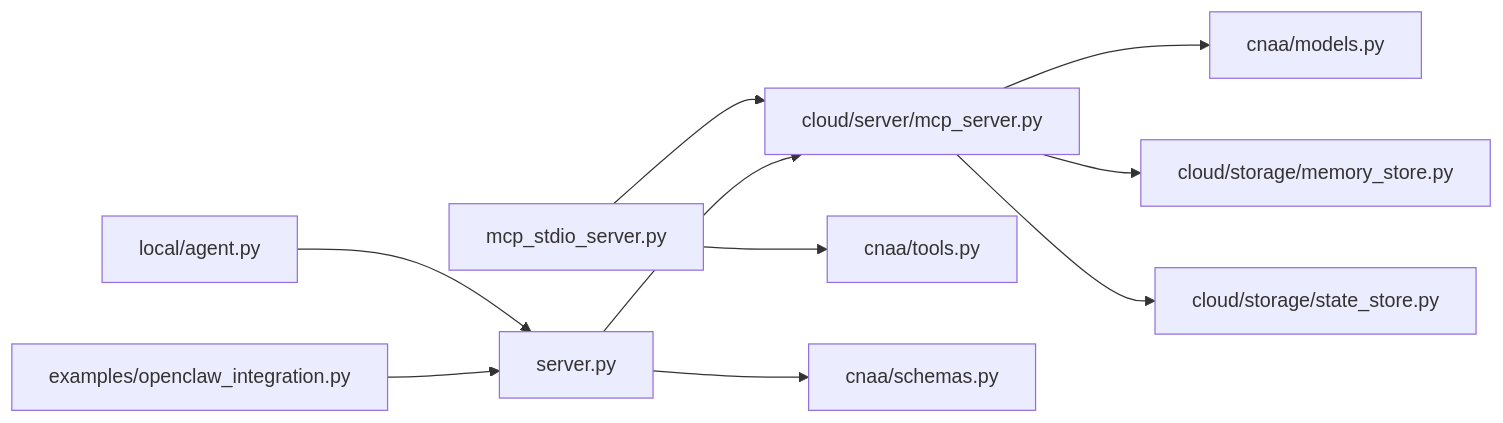
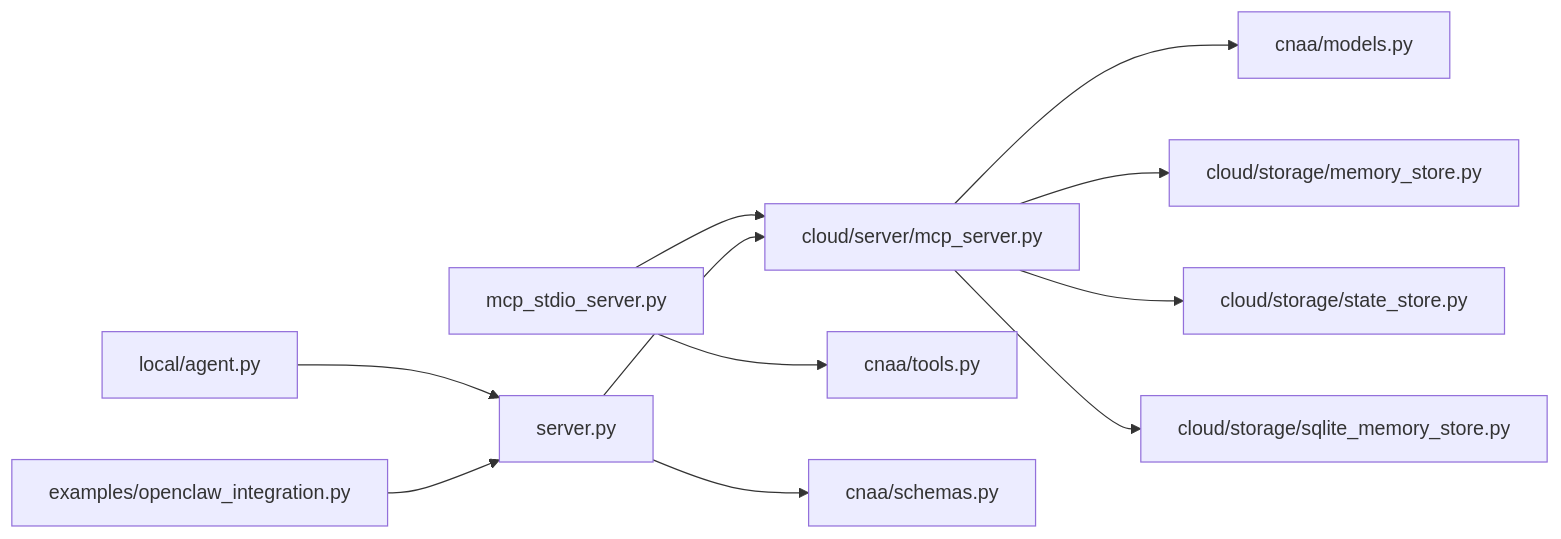
The sixth of 6 diagrams in .qoder/repowiki/zh/content/架构设计/通信协议设计/MCP Stdio服务器.md (lgx236/CNAA-Cloud-Native-Agent-Architecture-), drawn with Mermaid before and after one commit. The commit also changed other lines of this file and 98 other files, not shown here.

Commit message:
feat: Add cloud-local distributed architecture configuration & deployment docs

````diff
--- a/.qoder/repowiki/zh/content/架构设计/通信协议设计/MCP Stdio服务器.md
+++ b/.qoder/repowiki/zh/content/架构设计/通信协议设计/MCP Stdio服务器.md
@@ -319,12 +373,13 @@
 ```mermaid
 graph LR
 S["mcp_stdio_server.py"] --> M["cloud/server/mcp_server.py"]
 S --> T["cnaa/tools.py"]
 H["server.py"] --> M
 H --> SC["cnaa/schemas.py"]
 M --> MD["cnaa/models.py"]
 M --> MS["cloud/storage/memory_store.py"]
 M --> SS["cloud/storage/state_store.py"]
+M --> SMS["cloud/storage/sqlite_memory_store.py"]
 L["local/agent.py"] --> H
 E["examples/openclaw_integration.py"] --> H
 ```
````
